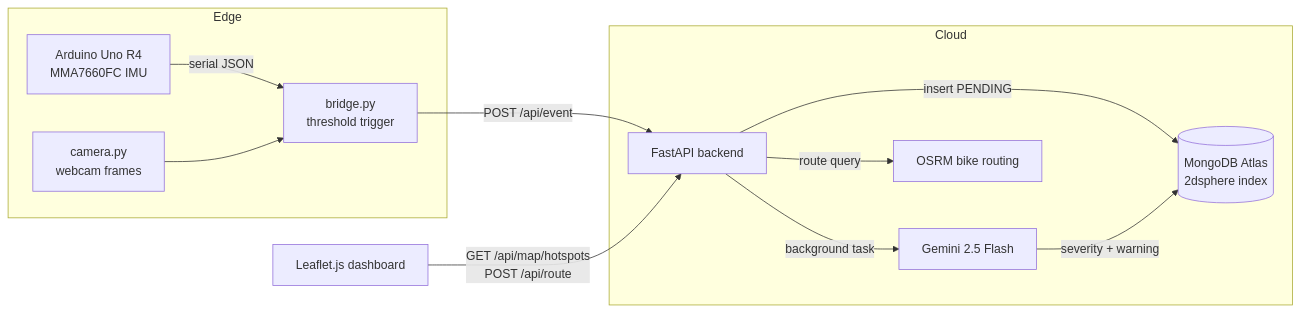
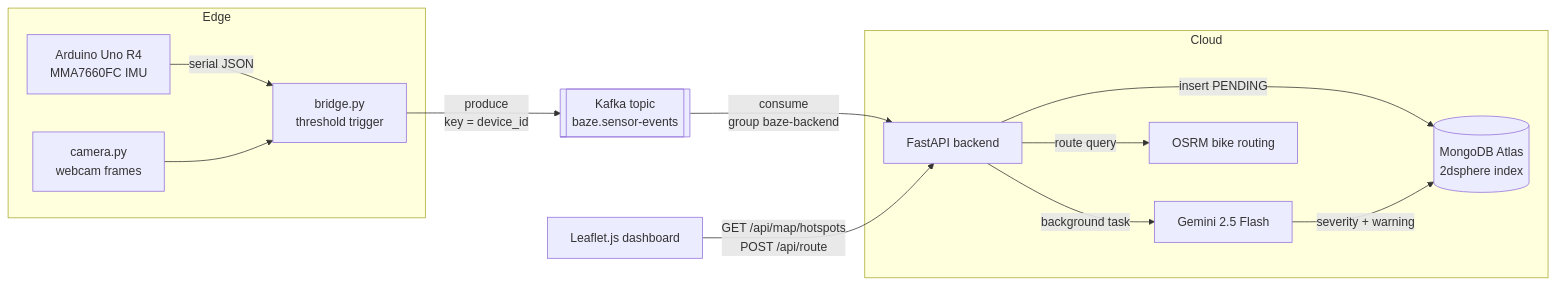
Before and after one commit to yogyam/Baze: the diagram in README.md, drawn with Mermaid. The commit also changed other lines of this file and 6 other files, not shown here.

First line of the commit message:
Stream sensor events through Kafka

````diff
--- a/README.md
+++ b/README.md
@@ -38,19 +40,20 @@
 ```mermaid
 flowchart LR
     subgraph Edge
         A[Arduino Uno R4<br/>MMA7660FC IMU] -- serial JSON --> B[bridge.py<br/>threshold trigger]
         C[camera.py<br/>webcam frames] --> B
     end
     subgraph Cloud
         D[FastAPI backend]
         E[(MongoDB Atlas<br/>2dsphere index)]
         F[Gemini 2.5 Flash]
         G[OSRM bike routing]
     end
-    B -- POST /api/event --> D
+    B -- produce<br/>key = device_id --> K[[Kafka topic<br/>baze.sensor-events]]
+    K -- consume<br/>group baze-backend --> D
     D -- insert PENDING --> E
     D -- background task --> F
     F -- severity + warning --> E
     D -- route query --> G
     H[Leaflet.js dashboard] -- GET /api/map/hotspots<br/>POST /api/route --> D
 ```
````
